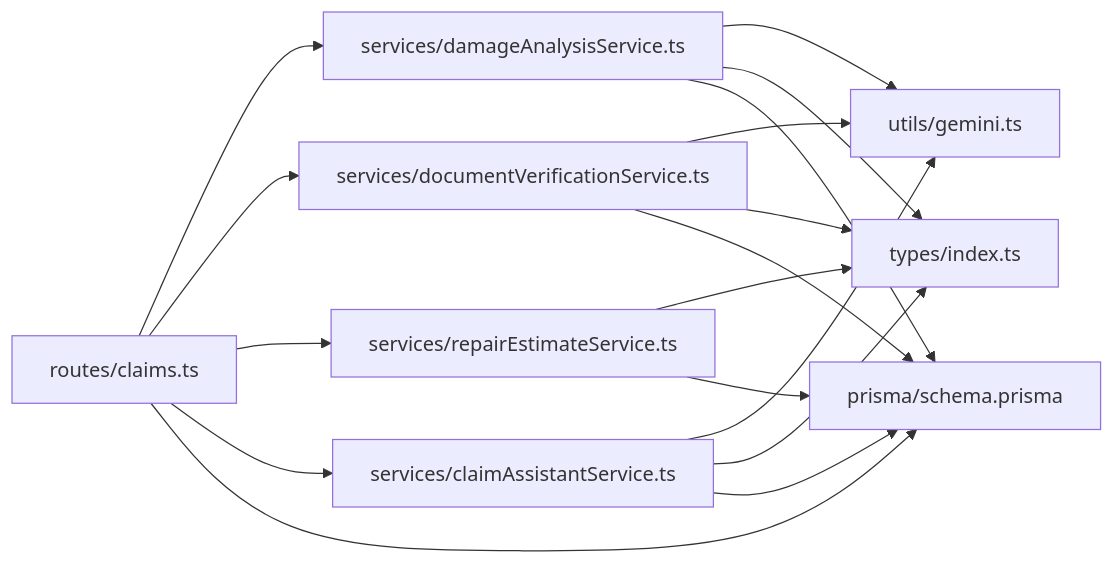
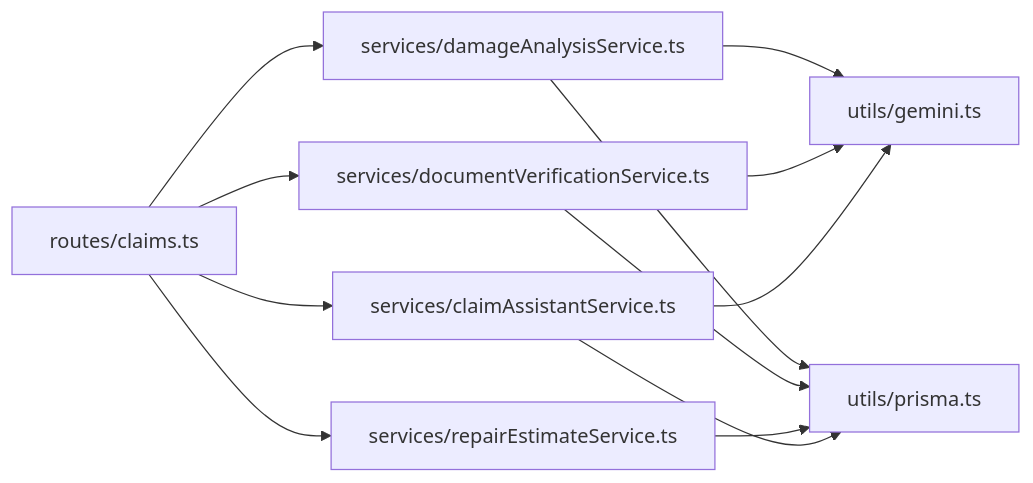
Before and after one commit to NaveenHiranya/Smart-Vehicle-Insurance-Claim-System: the tenth of 10 diagrams in .qoder/repowiki/en/content/AI Services Integration/AI Services Integration.md, drawn with Mermaid. The commit also changed other lines of this file and 183 other files, not shown here.

````diff
--- a/.qoder/repowiki/en/content/AI Services Integration/AI Services Integration.md
+++ b/.qoder/repowiki/en/content/AI Services Integration/AI Services Integration.md
@@ -317,27 +295,14 @@
 ```mermaid
 graph LR
-TYPES["types/index.ts"]
-SCHEMA["prisma/schema.prisma"]
-ROUTES["routes/claims.ts"]
-DAS["services/damageAnalysisService.ts"]
-DVS["services/documentVerificationService.ts"]
-RES["services/repairEstimateService.ts"]
-CAS["services/claimAssistantService.ts"]
-GEM["utils/gemini.ts"]
-ROUTES --> DAS
-ROUTES --> DVS
-ROUTES --> RES
-ROUTES --> CAS
-DAS --> GEM
-DVS --> GEM
-CAS --> GEM
-DAS --> TYPES
-DVS --> TYPES
-RES --> TYPES
-CAS --> TYPES
-ROUTES --> SCHEMA
-DAS --> SCHEMA
-DVS --> SCHEMA
-RES --> SCHEMA
-CAS --> SCHEMA
+Routes["routes/claims.ts"] --> S1["services/damageAnalysisService.ts"]
+Routes --> S2["services/documentVerificationService.ts"]
+Routes --> S3["services/repairEstimateService.ts"]
+Routes --> S4["services/claimAssistantService.ts"]
+S1 --> U["utils/gemini.ts"]
+S2 --> U
+S4 --> U
+S1 --> P["utils/prisma.ts"]
+S2 --> P
+S3 --> P
+S4 --> P
 ```
````
